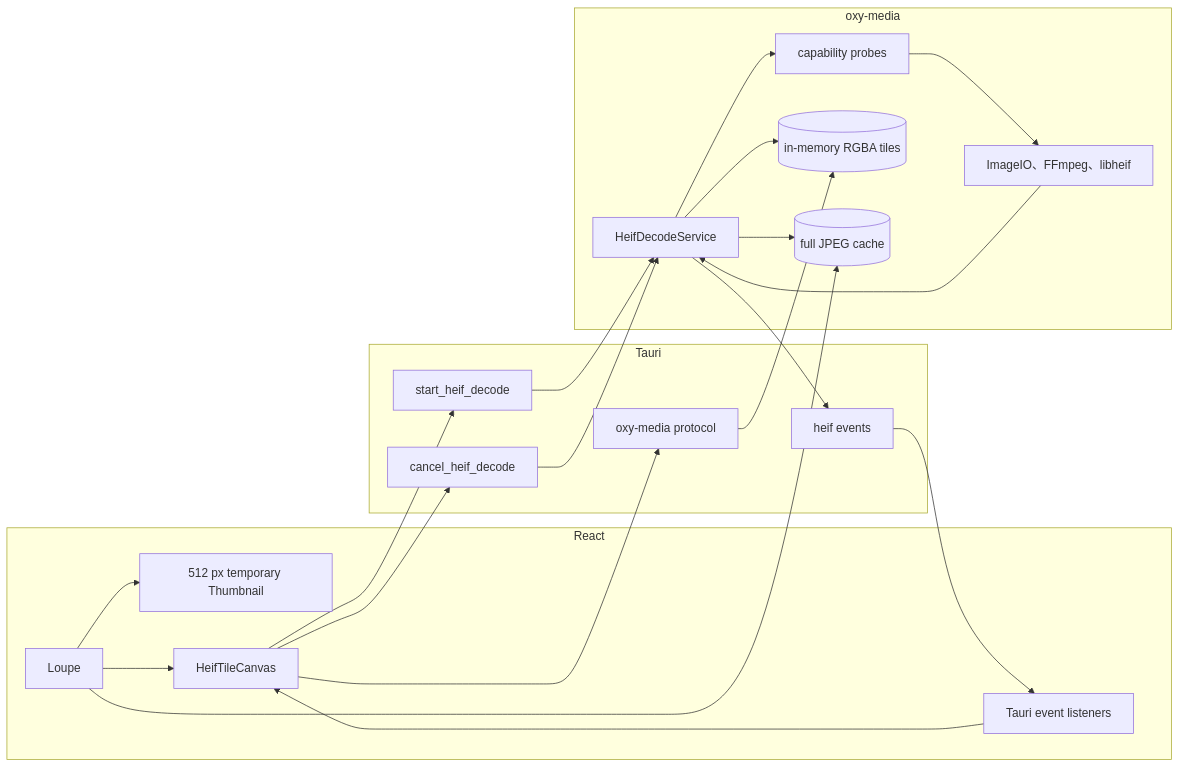
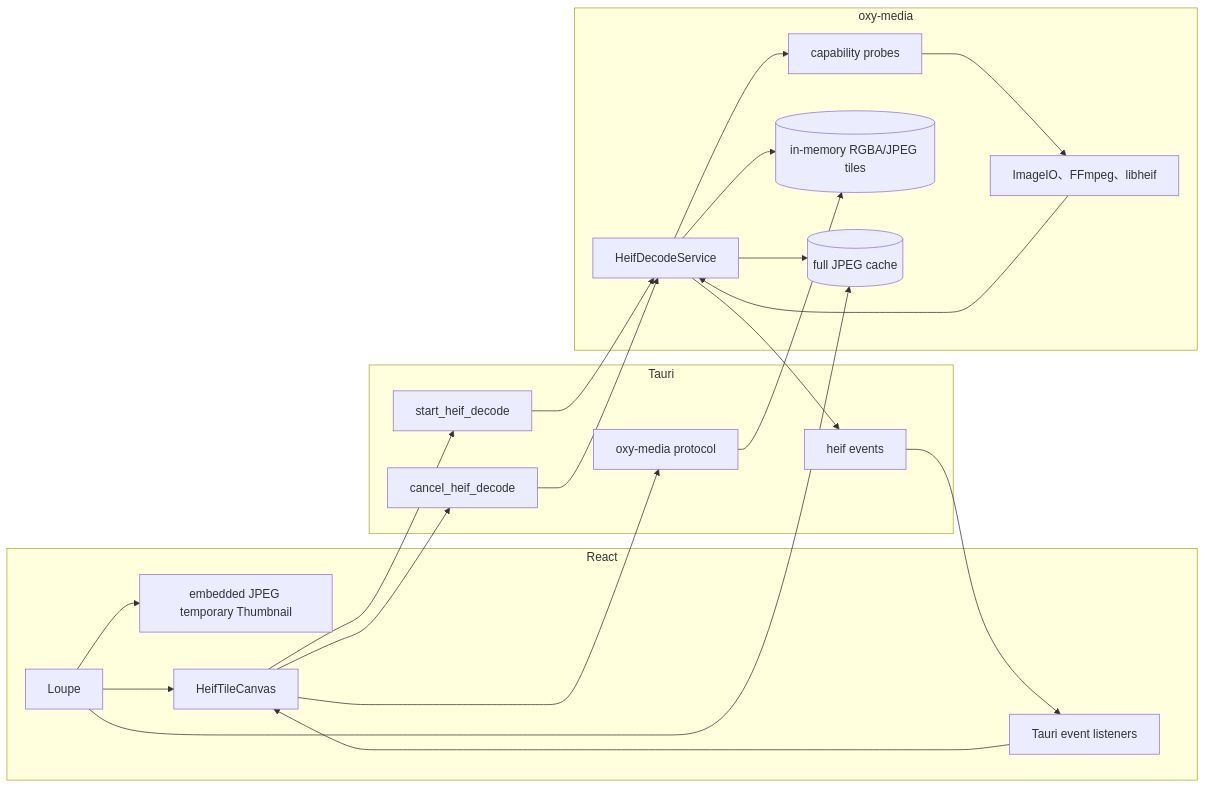
One commit to oxygenkun/oxyviewer changed the first of 4 diagrams in docs/architecture/04-heif-tile-session.md. Above: the diagram before and after it, drawn with Mermaid. The commit also changed other lines of this file and 14 other files, not shown here.

````diff
--- a/docs/architecture/04-heif-tile-session.md
+++ b/docs/architecture/04-heif-tile-session.md
@@ -29,42 +29,42 @@
 ```mermaid
 flowchart LR
     subgraph frontend["React"]
         loupe["Loupe"]
-        basePreview["512 px temporary Thumbnail"]
+        basePreview["embedded JPEG temporary Thumbnail"]
         tileCanvas["HeifTileCanvas"]
         eventListener["Tauri event listeners"]
     end
 
     subgraph tauriLayer["Tauri"]
         startCommand["start_heif_decode"]
         cancelCommand["cancel_heif_decode"]
         eventBus["heif events"]
         protocol["oxy-media protocol"]
     end
 
     subgraph mediaLayer["oxy-media"]
         service["HeifDecodeService"]
         backendProbe["capability probes"]
         backend["ImageIO、FFmpeg、libheif"]
-        tileStore[("in-memory RGBA tiles")]
+        tileStore[("in-memory RGBA/JPEG tiles")]
         fullCache[("full JPEG cache")]
     end
 
     loupe --> basePreview
     loupe --> tileCanvas
     tileCanvas --> startCommand
     tileCanvas --> cancelCommand
     startCommand --> service
     cancelCommand --> service
     service --> backendProbe
     backendProbe --> backend
     backend --> service
     service --> tileStore
     service --> fullCache
     service --> eventBus
     eventBus --> eventListener
     eventListener --> tileCanvas
     tileCanvas --> protocol
     protocol --> tileStore
     loupe --> fullCache
 ```
````
